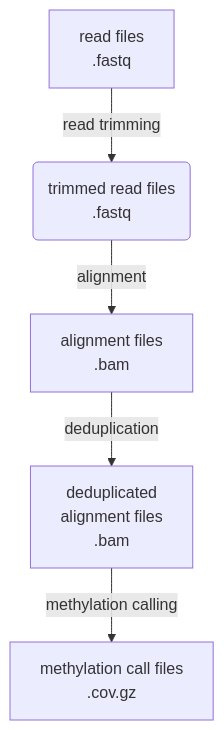
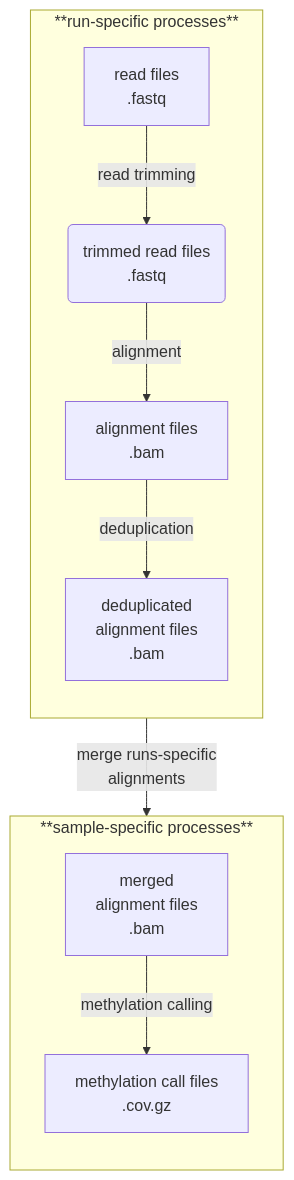
The diagram in README.md (MLindner0/bioinformatics_wgbs_soaysheep), drawn with Mermaid before and after one commit.

````diff
--- a/README.md
+++ b/README.md
@@ -16,13 +16,14 @@
 ```mermaid
 flowchart TD
-    A[read files
-    .fastq ] --> |read trimming| B(trimmed read files
-    .fastq)
-    B --> |alignment| C[alignment files
-    .bam]
-    C --> |deduplication| D[deduplicated
-    alignment files
-    .bam ]
-    D --> |methylation calling| E[methylation call files
-    .cov.gz]
+    subgraph SGA [**run-specific processes**]
+        direction TB
+        A[read files <br> .fastq ] --> |read trimming| B(trimmed read files <br> .fastq)
+        B --> |alignment| C[alignment files <br> .bam]
+        C --> |deduplication| D[deduplicated <br> alignment files <br> .bam ]
+    end
+    subgraph SG2 [**sample-specific processes**]
+        direction TB
+        E[merged <br> alignment files <br> .bam] --> |methylation calling| F[methylation call files <br> .cov.gz]
+    end
+    D --> |merge runs-specific <br> alignments| SG2
 ```
````
